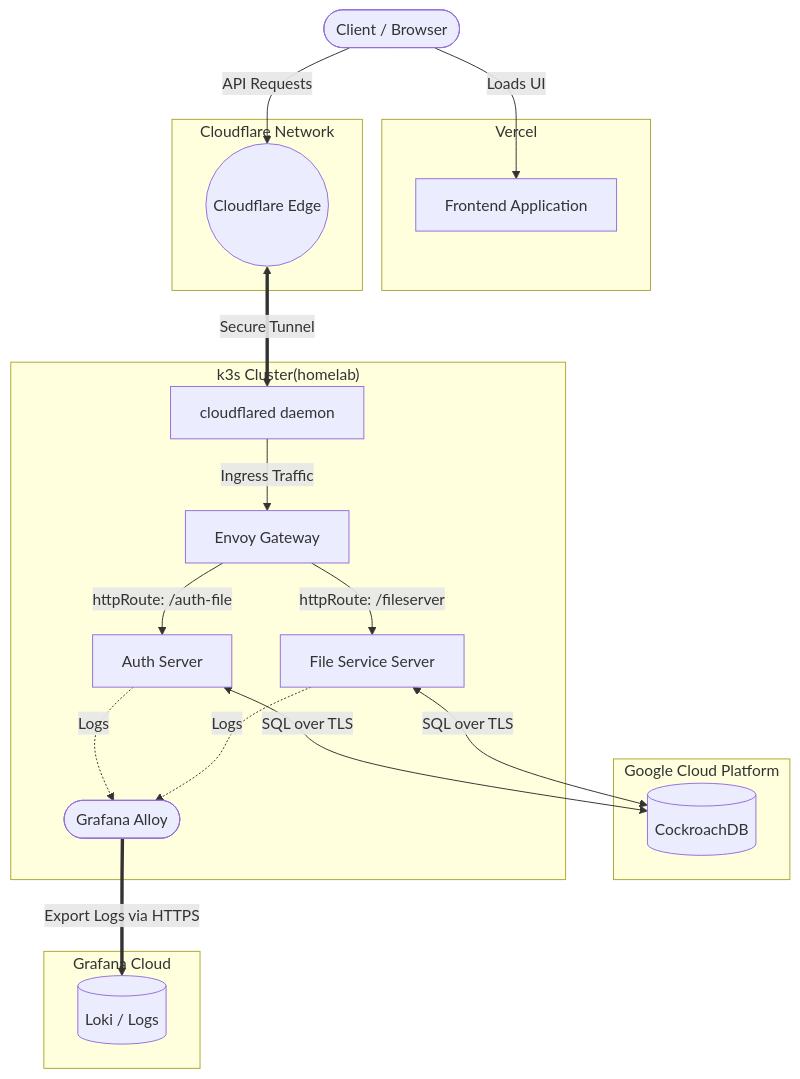
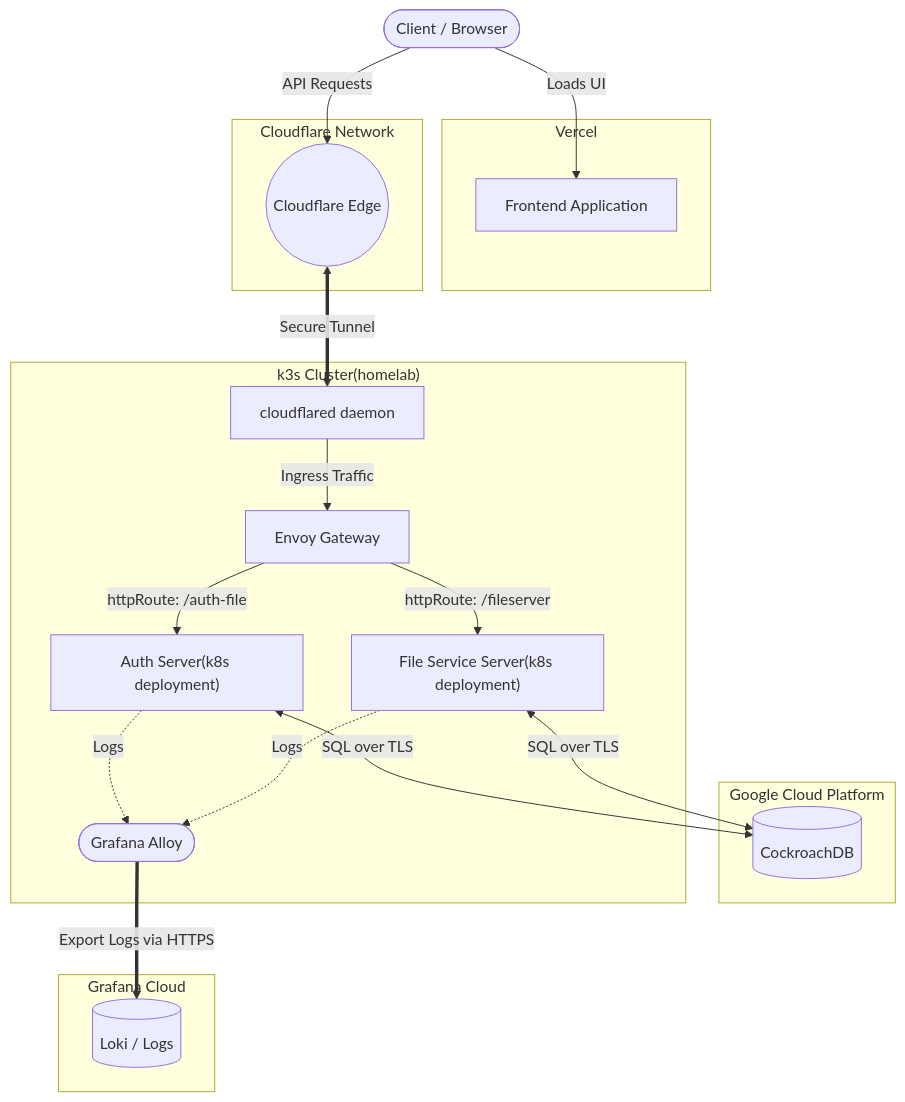
Before and after one commit to seaoferror/drive: the diagram in README.md, drawn with Mermaid. The commit also changed other lines of this file, not shown here.

````diff
--- a/README.md
+++ b/README.md
@@ -19,33 +24,33 @@
 ```mermaid
 flowchart TB
  subgraph Vercel_Env["Vercel"]
         Frontend["Frontend Application"]
   end
  subgraph CF_Env["Cloudflare Network"]
         Edge(("Cloudflare Edge"))
   end
  subgraph Grafana_Cloud["Grafana Cloud"]
         Loki[("Loki / Logs")]
   end
  subgraph GCP_Env["Google Cloud Platform"]
         Cockroach[("CockroachDB")]
   end
  subgraph K3s_Cluster["k3s Cluster(homelab)"]
         Cloudflared["cloudflared daemon"]
         Envoy["Envoy Gateway"]
-        Auth["Auth Server"]
-        FileSvc["File Service Server"]
+        Auth["Auth Server(k8s deployment)"]
+        FileSvc["File Service Server(k8s deployment)"]
         Alloy(["Grafana Alloy"])
   end
     Client(["Client / Browser"]) -- Loads UI --> Frontend
     Client -- API Requests --> Edge
     Edge <== Secure Tunnel ==> Cloudflared
     Cloudflared -- Ingress Traffic --> Envoy
     Envoy -- httpRoute: /auth-file --> Auth
     Envoy -- httpRoute: /fileserver --> FileSvc
     Auth <-- SQL over TLS --> Cockroach
     FileSvc <-- SQL over TLS --> Cockroach
     Auth -. Logs .-> Alloy
     FileSvc -. Logs .-> Alloy
     Alloy == Export Logs via HTTPS ==> Loki
 ```
````
